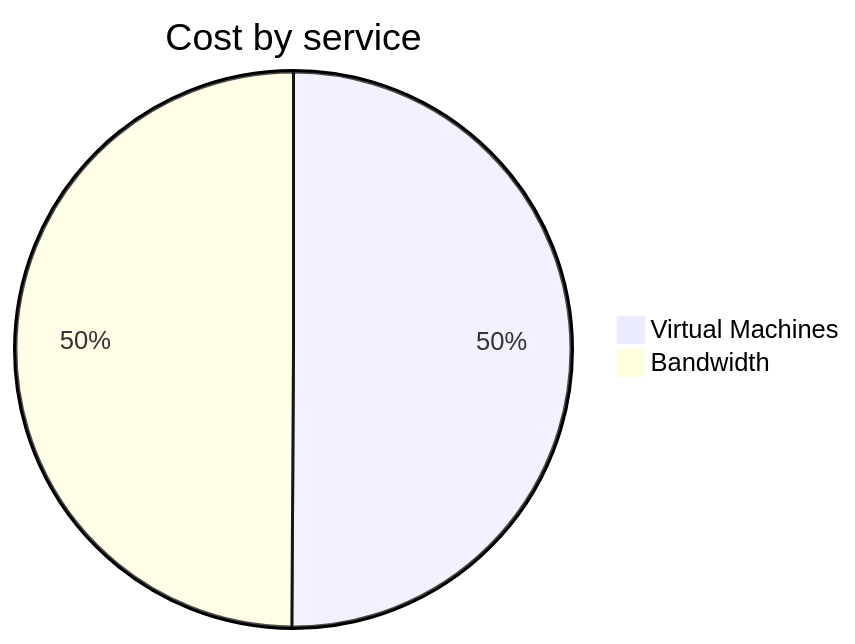
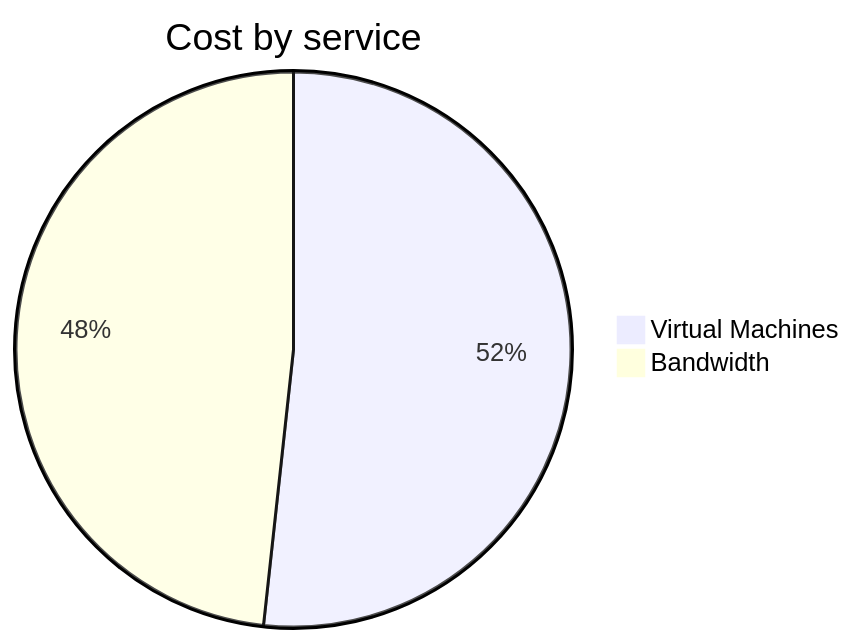
The second of 4 diagrams in cost-reports/personal-network/vpn-server.md (jpfulton/azure-personal-reports), drawn with Mermaid before and after one commit. The commit also changed other lines of this file and 8 other files, not shown here.

````diff
--- a/cost-reports/personal-network/vpn-server.md
+++ b/cost-reports/personal-network/vpn-server.md
@@ -94,6 +94,6 @@
 ```mermaid
 pie
    title Cost by service
-   "Virtual Machines" : 2.67
+   "Virtual Machines" : 2.85
    "Bandwidth" : 2.66
 ```
````
